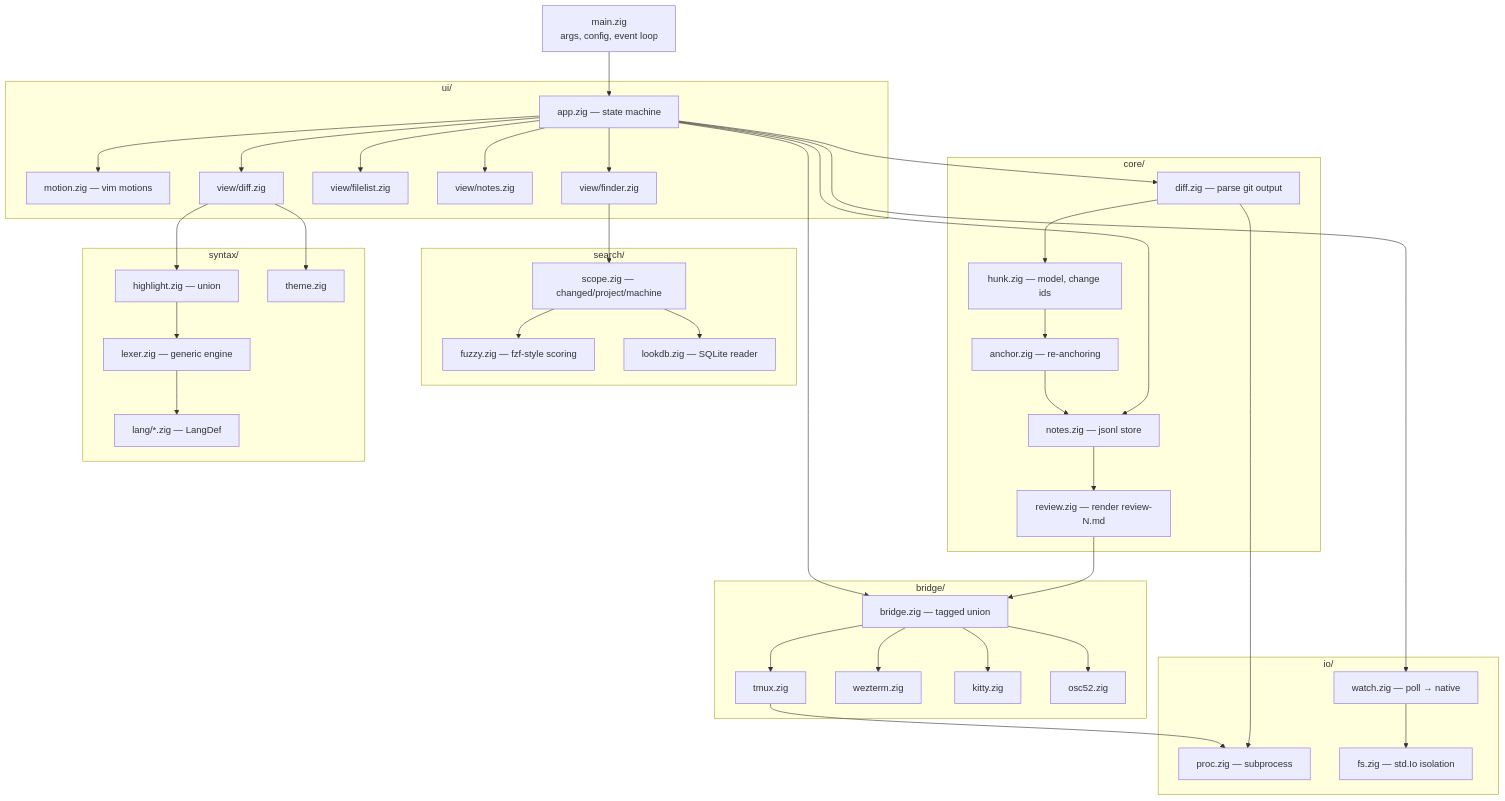
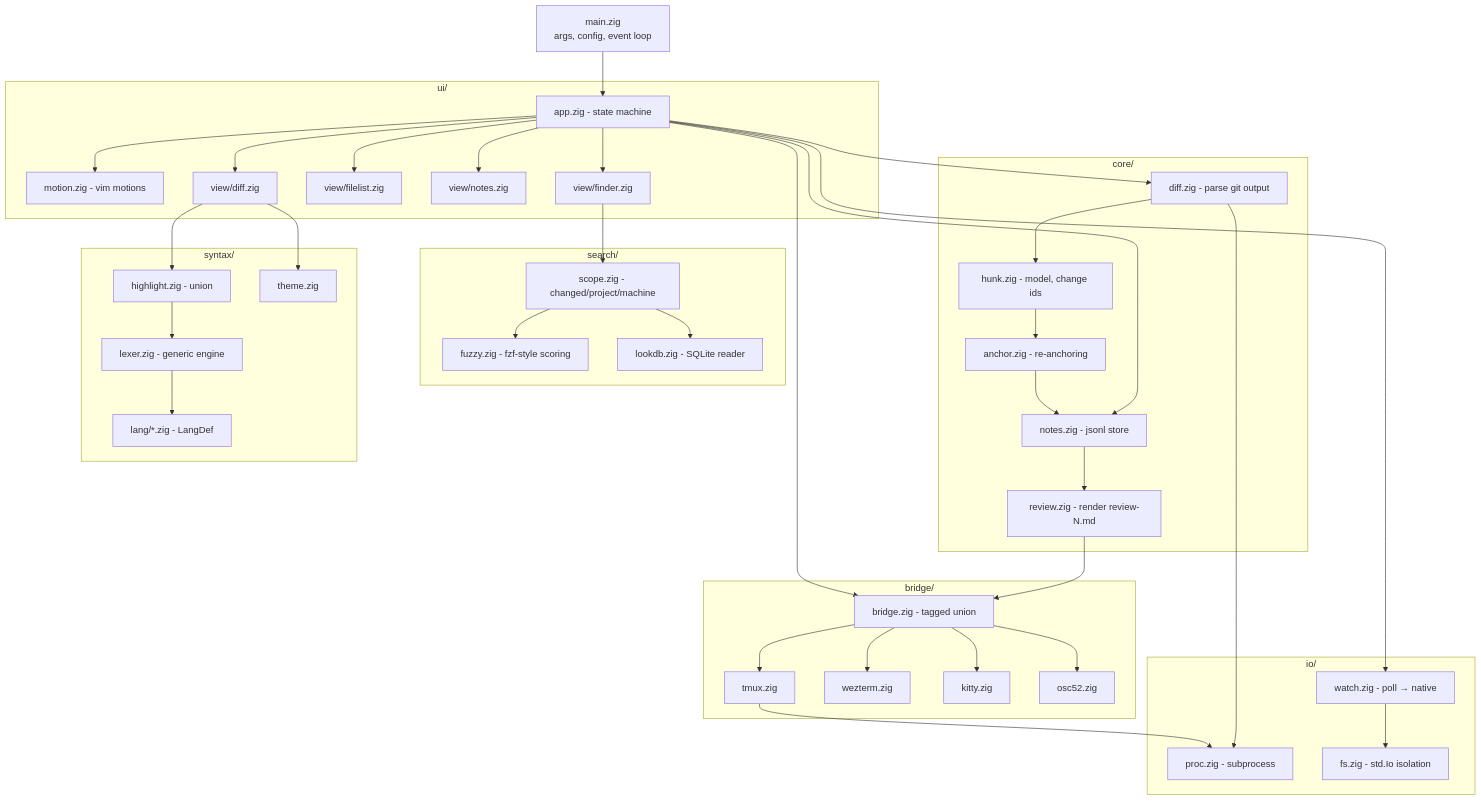
Before and after one commit to kunkka19xx/lgtm: the second of 4 diagrams in docs/ARCHITECTURE.md, drawn with Mermaid. The commit also changed other lines of this file and 5 other files, not shown here.

````diff
--- a/docs/ARCHITECTURE.md
+++ b/docs/ARCHITECTURE.md
@@ -44,69 +44,69 @@
 ```mermaid
 graph TD
     main["main.zig<br/>args, config, event loop"]
 
     subgraph ui["ui/"]
-        app["app.zig — state machine"]
-        motion["motion.zig — vim motions"]
+        app["app.zig - state machine"]
+        motion["motion.zig - vim motions"]
         vdiff["view/diff.zig"]
         vfiles["view/filelist.zig"]
         vnotes["view/notes.zig"]
         vfind["view/finder.zig"]
     end
 
     subgraph core["core/"]
-        diff["diff.zig — parse git output"]
-        hunk["hunk.zig — model, change ids"]
-        anchor["anchor.zig — re-anchoring"]
-        notes["notes.zig — jsonl store"]
-        review["review.zig — render review-N.md"]
+        diff["diff.zig - parse git output"]
+        hunk["hunk.zig - model, change ids"]
+        anchor["anchor.zig - re-anchoring"]
+        notes["notes.zig - jsonl store"]
+        review["review.zig - render review-N.md"]
     end
 
     subgraph io["io/"]
-        watch["watch.zig — poll → native"]
-        proc["proc.zig — subprocess"]
-        fs["fs.zig — std.Io isolation"]
+        watch["watch.zig - poll → native"]
+        proc["proc.zig - subprocess"]
+        fs["fs.zig - std.Io isolation"]
     end
 
     subgraph search["search/"]
-        fuzzy["fuzzy.zig — fzf-style scoring"]
-        scope["scope.zig — changed/project/machine"]
-        lookdb["lookdb.zig — SQLite reader"]
+        fuzzy["fuzzy.zig - fzf-style scoring"]
+        scope["scope.zig - changed/project/machine"]
+        lookdb["lookdb.zig - SQLite reader"]
     end
 
     subgraph bridge["bridge/"]
-        biface["bridge.zig — tagged union"]
+        biface["bridge.zig - tagged union"]
         tmux["tmux.zig"]
         wez["wezterm.zig"]
         kitty["kitty.zig"]
         osc["osc52.zig"]
     end
 
     subgraph syntax["syntax/"]
-        hl["highlight.zig — union"]
-        lex["lexer.zig — generic engine"]
-        langs["lang/*.zig — LangDef"]
+        hl["highlight.zig - union"]
+        lex["lexer.zig - generic engine"]
+        langs["lang/*.zig - LangDef"]
         theme["theme.zig"]
     end
 
     main --> app
     app --> vdiff & vfiles & vnotes & vfind
     app --> motion
     app --> diff & notes
     vdiff --> hl & theme
     hl --> lex
     lex --> langs
     diff --> hunk
     hunk --> anchor
     anchor --> notes
     notes --> review
     review --> biface
     app --> biface
     biface --> tmux & wez & kitty & osc
     vfind --> scope
     scope --> fuzzy & lookdb
     app --> watch
     watch --> fs
     diff --> proc
     tmux --> proc
 ```
````
